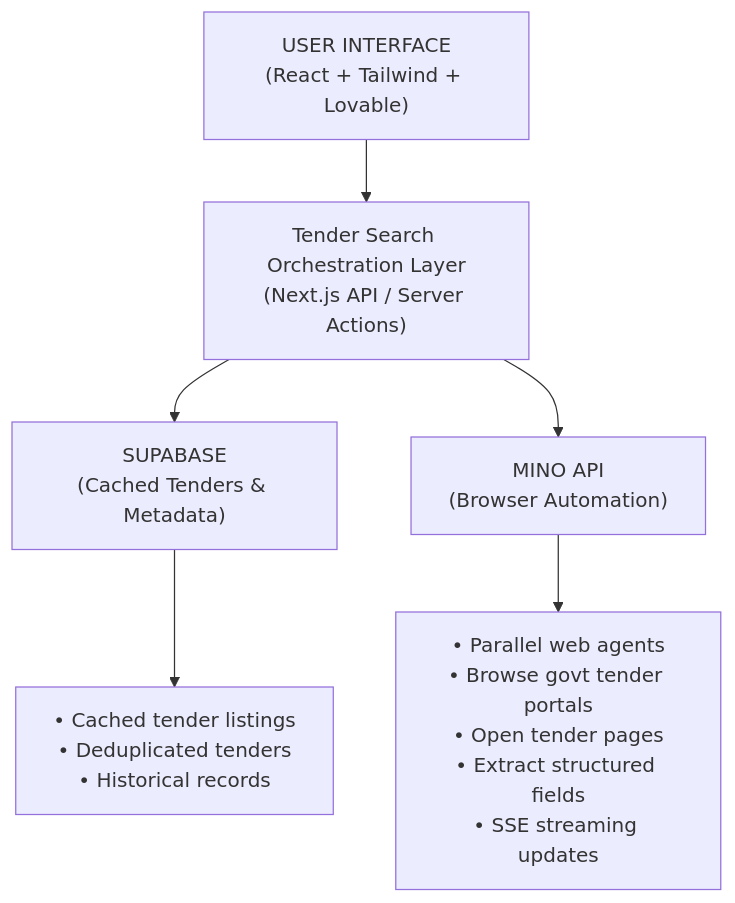
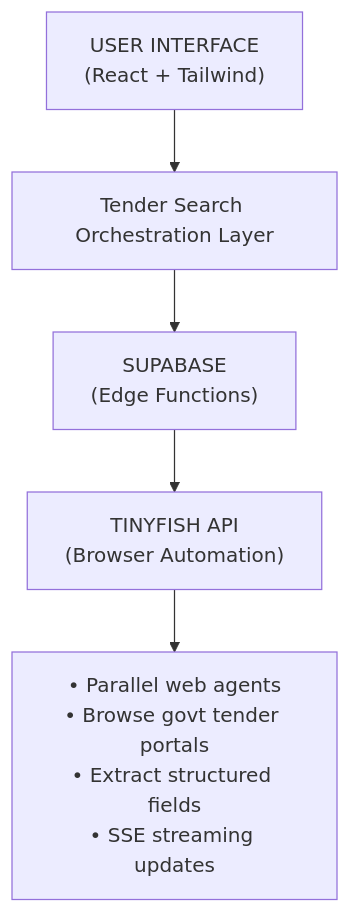
One commit to tinyfish-io/TinyFish-cookbook changed the diagram in tenders-finder/README.md. Above: the diagram before and after it, drawn with Mermaid. The commit also changed other lines of this file and 9 other files, not shown here.

````diff
--- a/tenders-finder/README.md
+++ b/tenders-finder/README.md
@@ -92,36 +91,13 @@
 ```mermaid
 flowchart TB
+    UI["USER INTERFACE<br/>(React + Tailwind)"]
+    ORCH["Tender Search Orchestration Layer"]
+    DB["SUPABASE<br/>(Edge Functions)"]
+    TF["TINYFISH API<br/>(Browser Automation)"]
+    TFD["• Parallel web agents<br/>• Browse govt tender portals<br/>• Extract structured fields<br/>• SSE streaming updates"]
 
-%% =======================
-%% UI LAYER
-%% =======================
-UI["USER INTERFACE<br/>(React + Tailwind + Lovable)"]
-
-%% =======================
-%% ORCHESTRATION
-%% =======================
-ORCH["Tender Search Orchestration Layer<br/>(Next.js API / Server Actions)"]
-
-%% =======================
-%% SERVICES
-%% =======================
-DB["SUPABASE<br/>(Cached Tenders & Metadata)"]
-MINO["MINO API<br/>(Browser Automation)"]
-
-%% =======================
-%% DETAILS
-%% =======================
-DBD["• Cached tender listings<br/>• Deduplicated tenders<br/>• Historical records"]
-MINOD["• Parallel web agents<br/>• Browse govt tender portals<br/>• Open tender pages<br/>• Extract structured fields<br/>• SSE streaming updates"]
-
-%% =======================
-%% CONNECTIONS
-%% =======================
-UI --> ORCH
-
-ORCH --> DB
-ORCH --> MINO
-
-DB --> DBD
-MINO --> MINOD
+    UI --> ORCH
+    ORCH --> DB
+    DB --> TF
+    TF --> TFD
 ```
````
